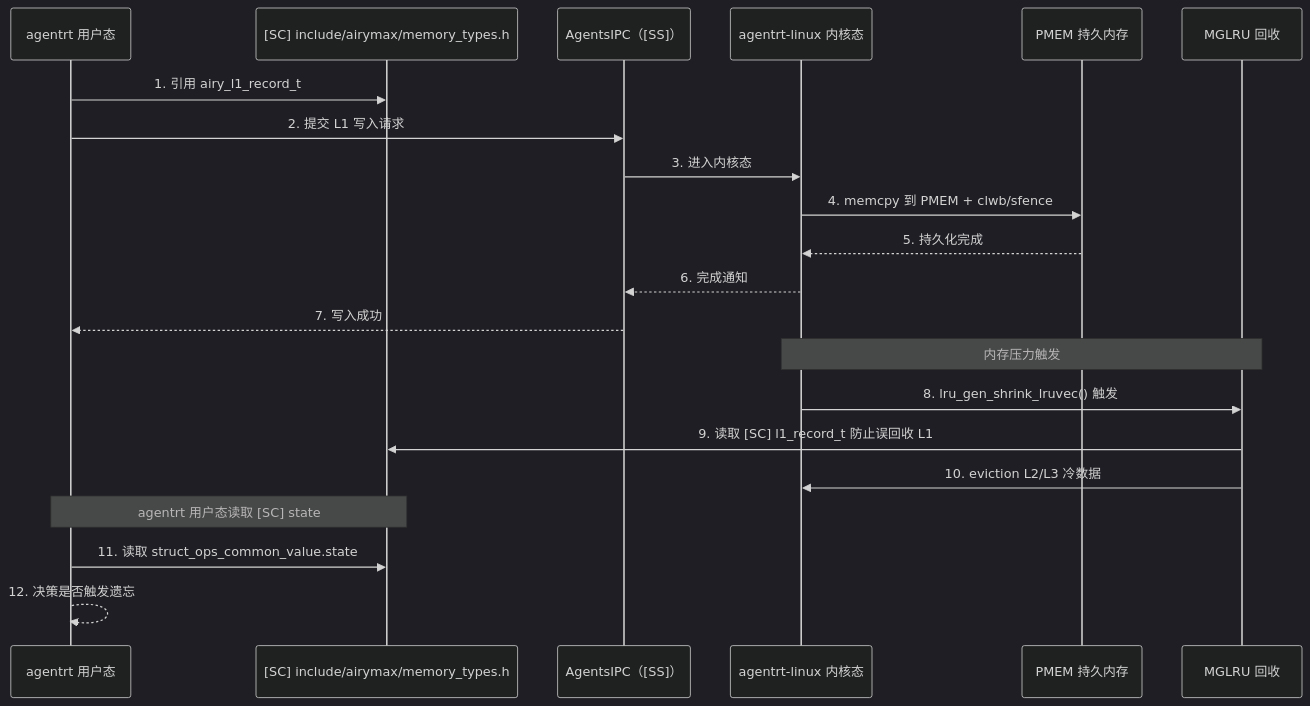
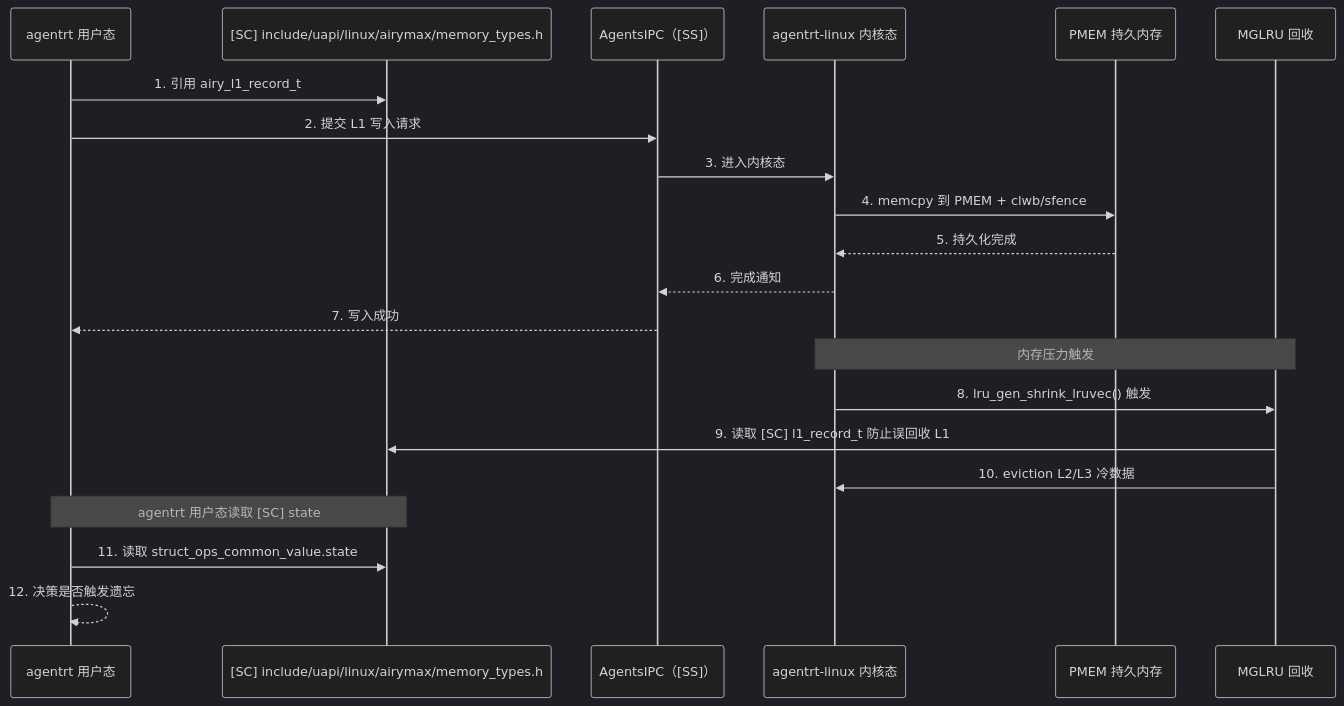
The ninth of 9 diagrams in AirymaxOS/40-dataflows/02-memory-flow.md (openairymax/docs), drawn with Mermaid (dark theme) before and after one commit. The commit also changed other lines of this file and 125 other files, not shown here.

````diff
--- a/AirymaxOS/40-dataflows/02-memory-flow.md
+++ b/AirymaxOS/40-dataflows/02-memory-flow.md
@@ -695,26 +695,26 @@
 ```mermaid
 sequenceDiagram
     participant AR as agentrt 用户态
-    participant SC as [SC] include/airymax/memory_types.h
+    participant SC as [SC] include/uapi/linux/airymax/memory_types.h
     participant IPC as AgentsIPC（[SS]）
     participant KR as agentrt-linux 内核态
     participant PMEM as PMEM 持久内存
     participant MGLRU as MGLRU 回收
     
     AR->>SC: 1. 引用 airy_l1_record_t
     AR->>IPC: 2. 提交 L1 写入请求
     IPC->>KR: 3. 进入内核态
     KR->>PMEM: 4. memcpy 到 PMEM + clwb/sfence
     PMEM-->>KR: 5. 持久化完成
     KR-->>IPC: 6. 完成通知
     IPC-->>AR: 7. 写入成功
     
     Note over KR,MGLRU: 内存压力触发
     KR->>MGLRU: 8. lru_gen_shrink_lruvec() 触发
     MGLRU->>SC: 9. 读取 [SC] l1_record_t 防止误回收 L1
     MGLRU->>KR: 10. eviction L2/L3 冷数据
     
     Note over AR,SC: agentrt 用户态读取 [SC] state
     AR->>SC: 11. 读取 struct_ops_common_value.state
     AR-->>AR: 12. 决策是否触发遗忘
 ```
````
